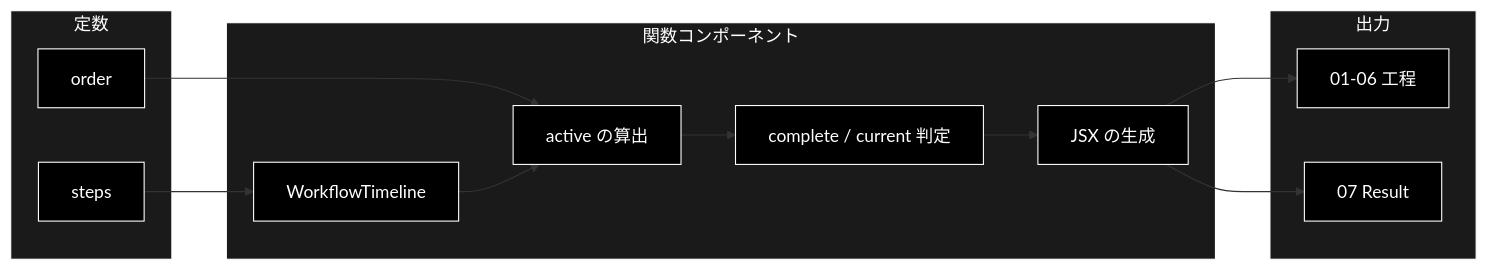
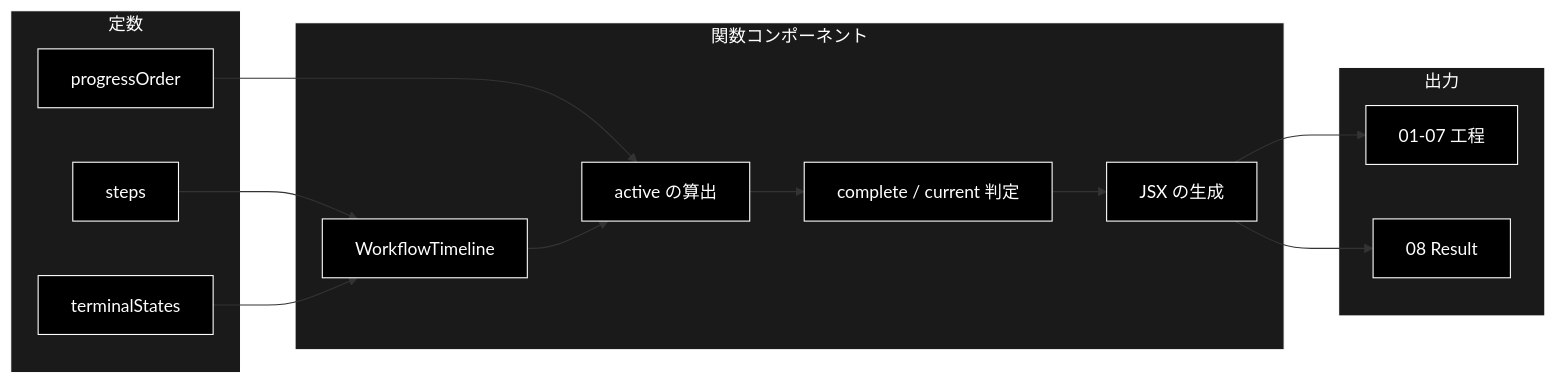
One commit to nakashima2toshio/grace_agent_v2_react_openai changed the second of 3 diagrams in frontend/docs/WorkflowTimeline.md. Above: the diagram before and after it, drawn with Mermaid. The commit also changed other lines of this file and 14 other files, not shown here.

````diff
--- a/frontend/docs/WorkflowTimeline.md
+++ b/frontend/docs/WorkflowTimeline.md
@@ -106,30 +111,32 @@
 ```mermaid
 flowchart LR
     subgraph CONST["定数"]
         STEPS["steps"]
-        ORDER["order"]
+        ORDER["progressOrder"]
+        TERMINAL["terminalStates"]
     end
     subgraph FUNC["関数コンポーネント"]
         WT["WorkflowTimeline"]
         ACTIVE["active の算出"]
         STATUS["complete / current 判定"]
         RENDER["JSX の生成"]
     end
     subgraph OUTPUT["出力"]
-        PHASES["01-06 工程"]
-        RESULT["07 Result"]
+        PHASES["01-07 工程"]
+        RESULT["08 Result"]
     end
     STEPS --> WT
     ORDER --> ACTIVE
+    TERMINAL --> WT
     WT --> ACTIVE
     ACTIVE --> STATUS
     STATUS --> RENDER
     RENDER --> PHASES
     RENDER --> RESULT
 classDef default fill:#000,stroke:#fff,color:#fff
 classDef subgraphStyle fill:#1a1a1a,stroke:#fff,color:#fff
-class STEPS,ORDER,WT,ACTIVE,STATUS,RENDER,PHASES,RESULT default
+class STEPS,ORDER,TERMINAL,WT,ACTIVE,STATUS,RENDER,PHASES,RESULT default
 style CONST fill:#1a1a1a,stroke:#fff,color:#fff
 style FUNC fill:#1a1a1a,stroke:#fff,color:#fff
 style OUTPUT fill:#1a1a1a,stroke:#fff,color:#fff
 ```
````
